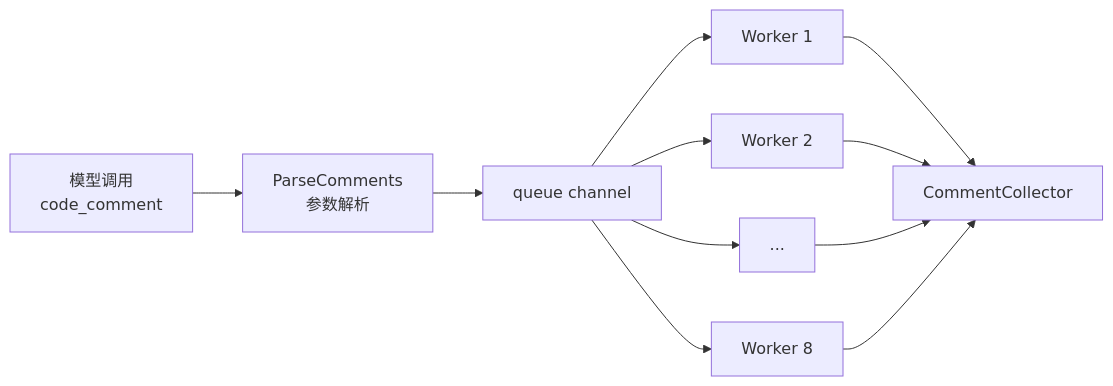
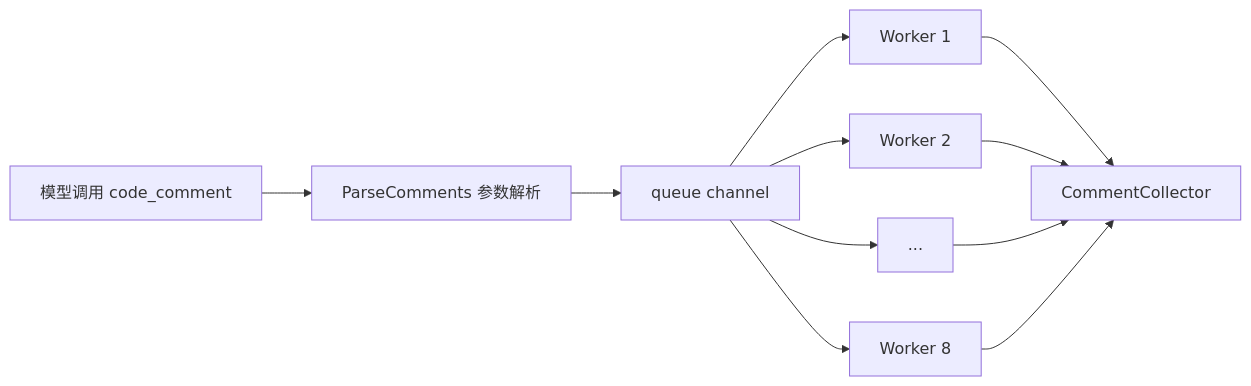
Before and after one commit to awesome-flexloop/awesome-okf: the fourth of 9 diagrams in doc/bundles/jishu/ai/products/open-code-review/concepts/03-tools-mcp.md, drawn with Mermaid. The commit also changed other lines of this file and 10 other files, not shown here.

First line of the commit message:
docs(bundle): 清偿 Open Code Review 存量 Mermaid 违规避免规范漂移累积

````diff
--- a/doc/bundles/jishu/ai/products/open-code-review/concepts/03-tools-mcp.md
+++ b/doc/bundles/jishu/ai/products/open-code-review/concepts/03-tools-mcp.md
@@ -419,13 +413,13 @@
 ```mermaid
 graph LR
-    Model["模型调用<br/>code_comment"] --> Parse["ParseComments<br/>参数解析"]
+    Model["模型调用 code_comment"] --> Parse["ParseComments 参数解析"]
     Parse --> Queue["queue channel"]
     Queue --> W1["Worker 1"]
     Queue --> W2["Worker 2"]
     Queue --> W3["..."]
     Queue --> W8["Worker 8"]
     W1 --> Collector["CommentCollector"]
     W2 --> Collector
     W3 --> Collector
     W8 --> Collector
 ```
````
